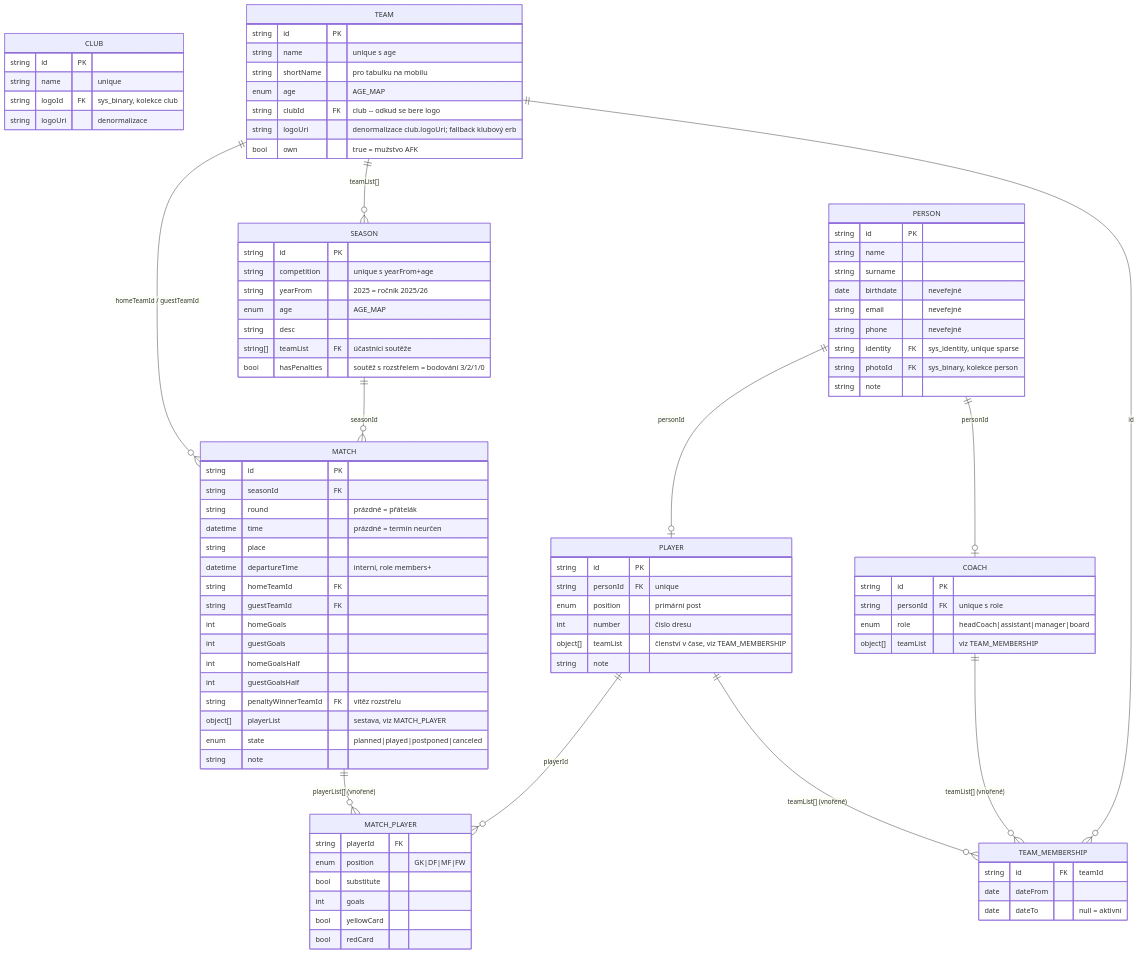
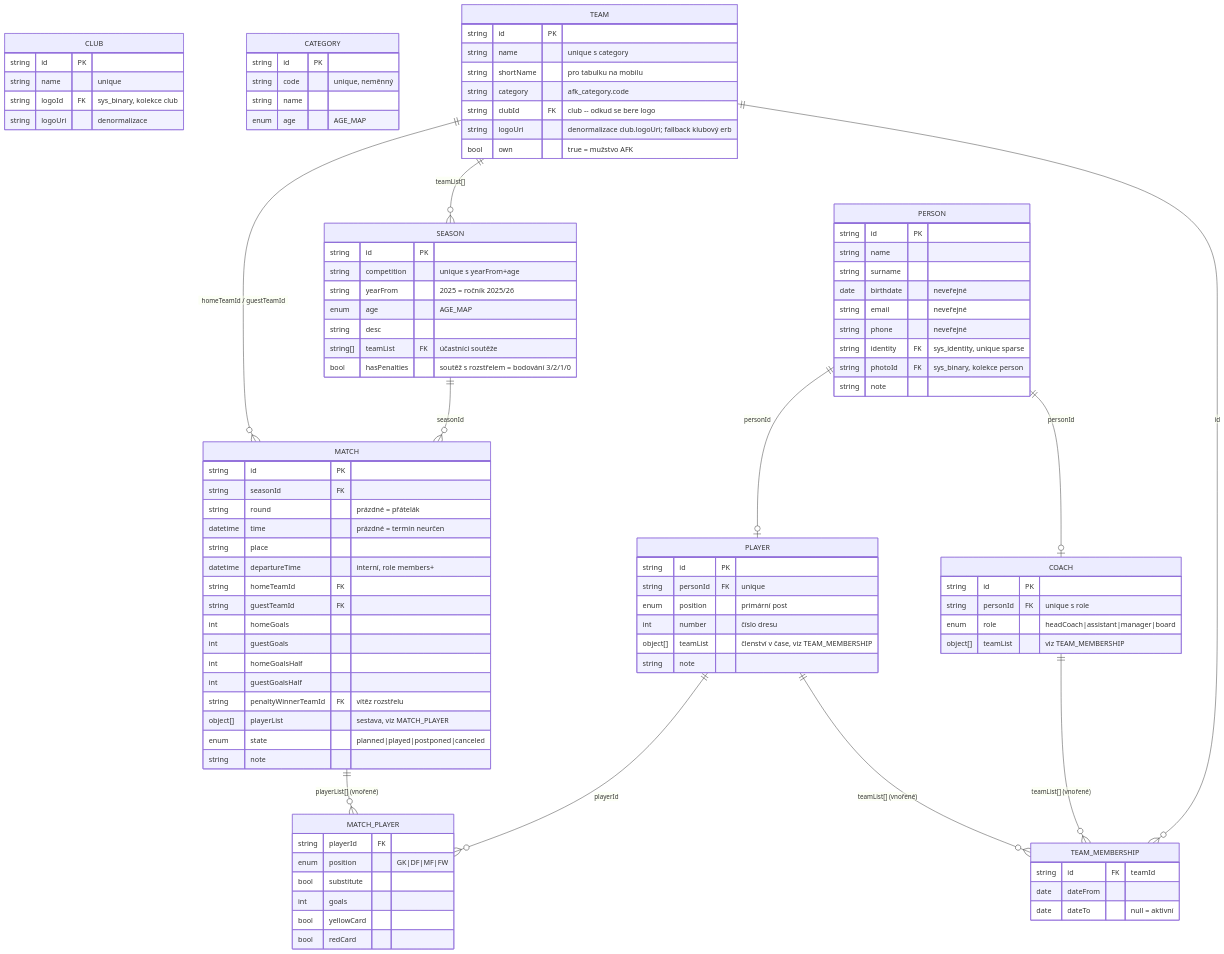
Before and after one commit to capo00/afkbratcice: the second of 3 diagrams in design/data-model.md, drawn with Mermaid. The commit also changed other lines of this file and 49 other files, not shown here.

```diff
--- a/design/data-model.md
+++ b/design/data-model.md
@@ -60,11 +61,17 @@
         string logoId FK "sys_binary, kolekce club"
         string logoUri "denormalizace"
     }
+    CATEGORY {
+        string id PK
+        string code "unique, neměnný"
+        string name
+        enum   age "AGE_MAP"
+    }
     TEAM {
         string id PK
-        string name "unique s age"
+        string name "unique s category"
         string shortName "pro tabulku na mobilu"
-        enum   age "AGE_MAP"
+        string category "afk_category.code"
         string clubId FK "club -- odkud se bere logo"
         string logoUri "denormalizace club.logoUri; fallback klubový erb"
         bool   own "true = mužstvo AFK"
```
